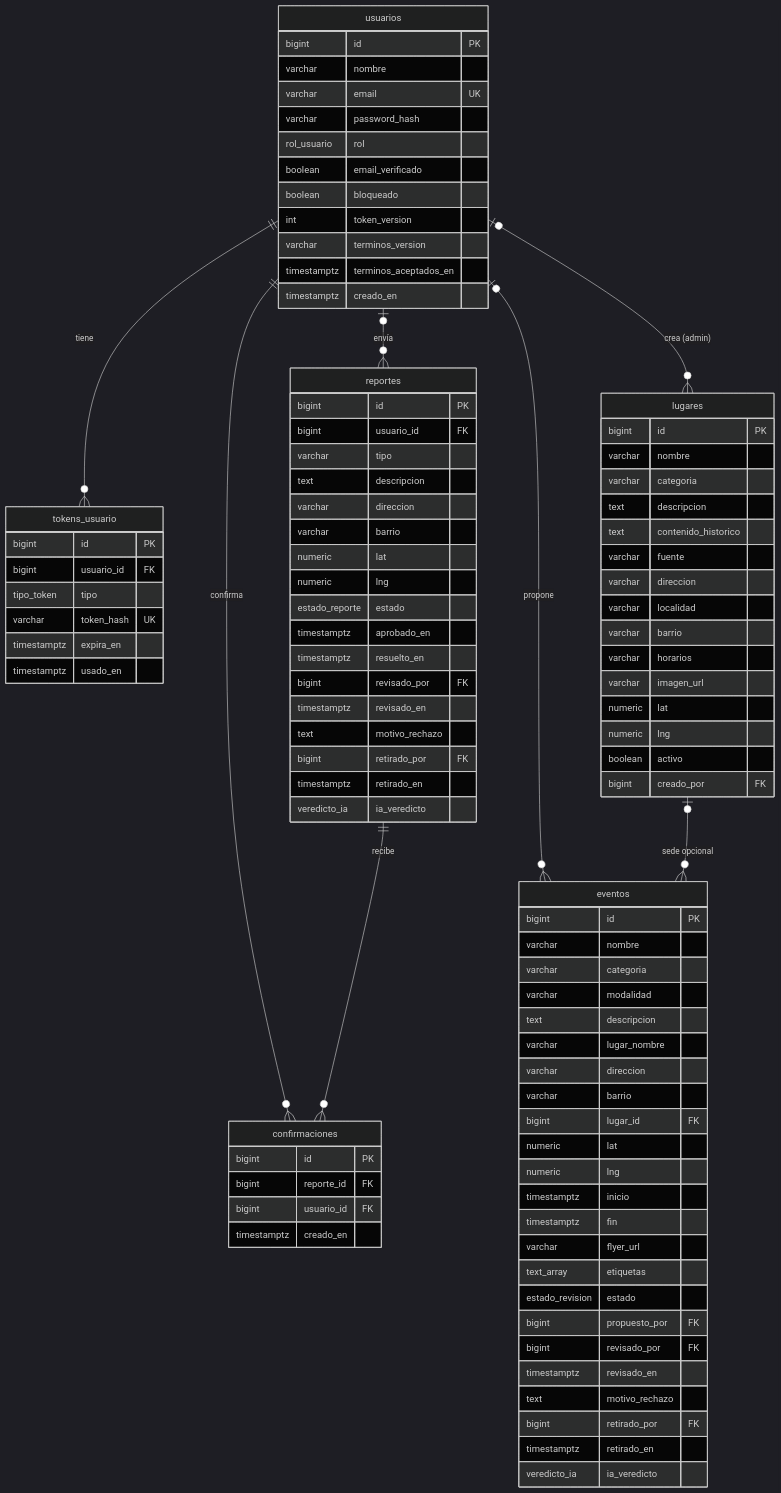
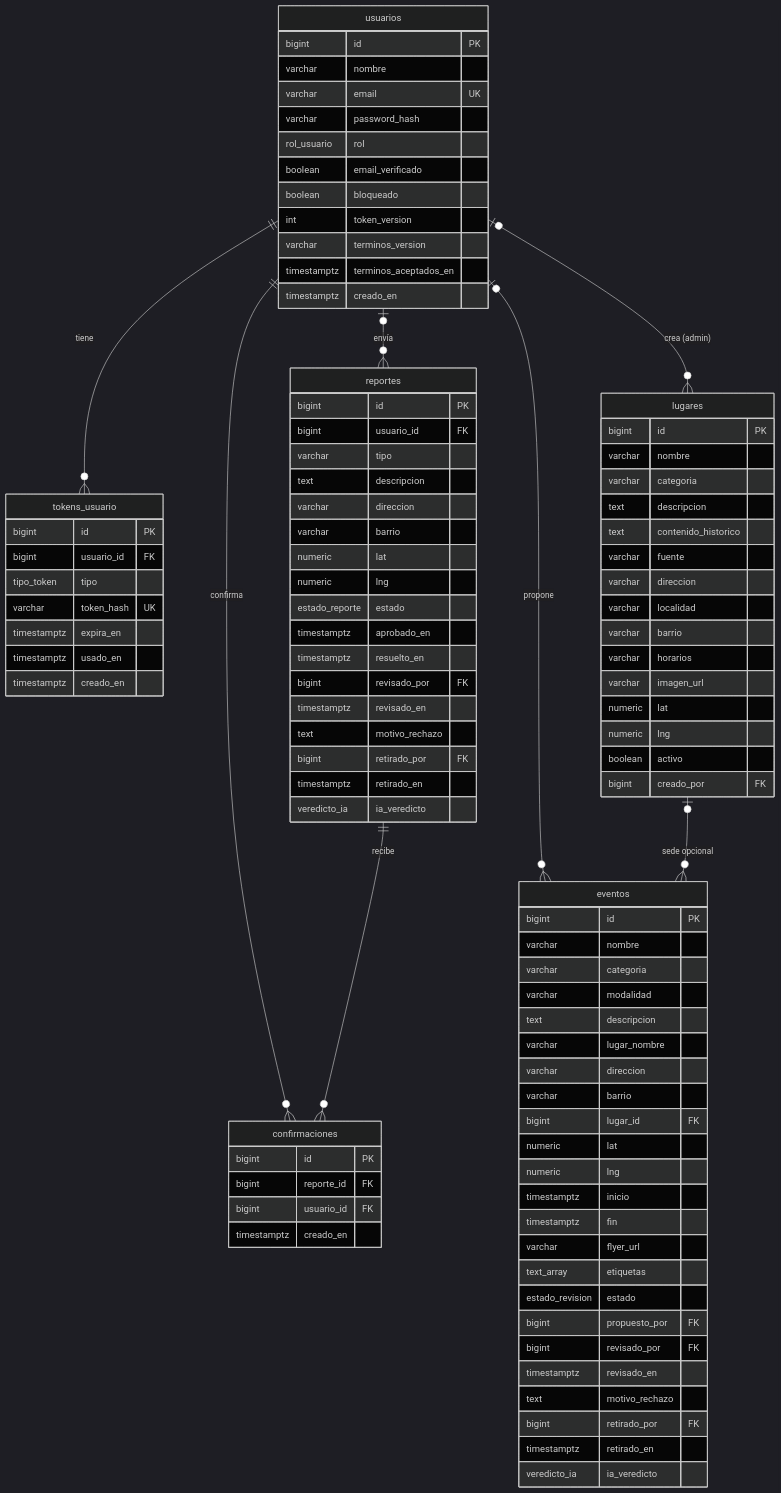
The first of 5 diagrams in docs/Modelo de datos TucuMaps.md (Fumacio/TucuMaps2), drawn with Mermaid (dark theme) before and after one commit. The commit also changed 14 other files, not shown here.

```diff
--- a/docs/Modelo de datos TucuMaps.md
+++ b/docs/Modelo de datos TucuMaps.md
@@ -52,6 +52,7 @@
         varchar token_hash UK
         timestamptz expira_en
         timestamptz usado_en
+        timestamptz creado_en
     }
     lugares {
         bigint id PK
```
